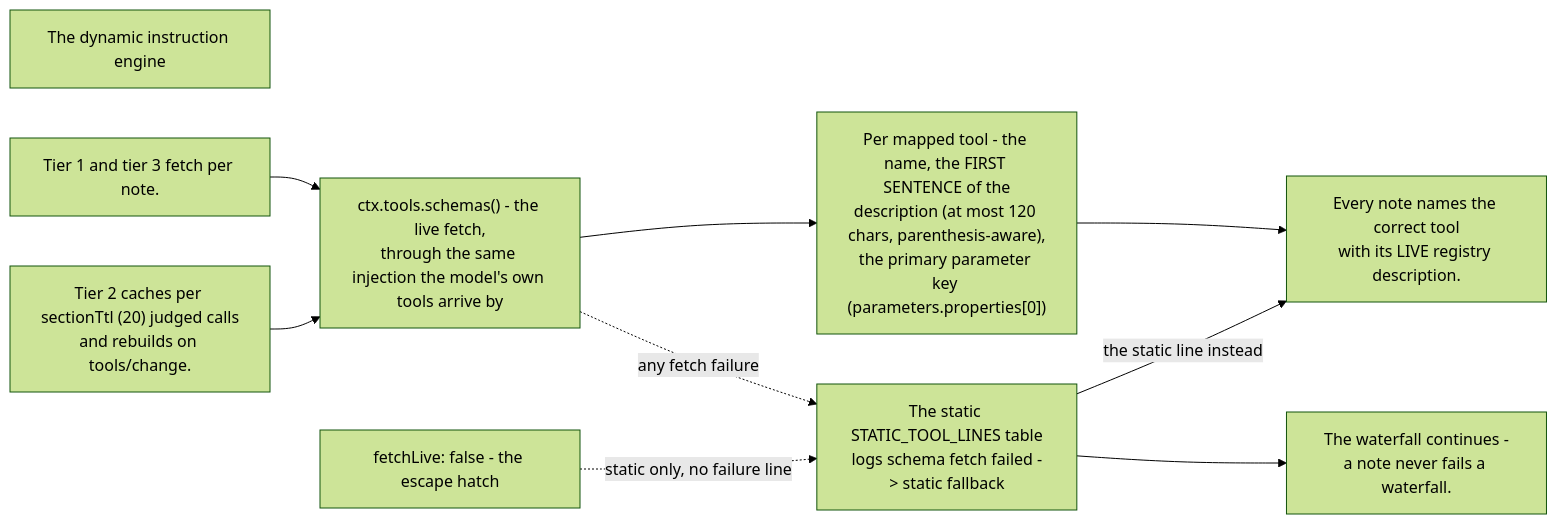
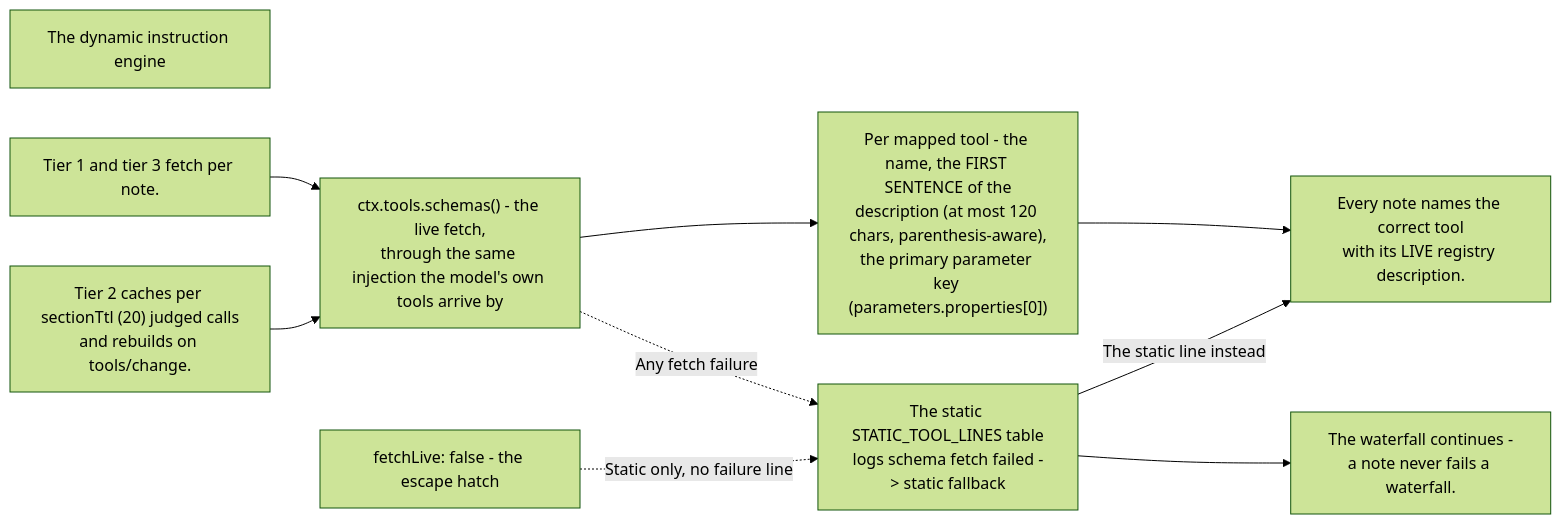
Before and after one commit to PlayForm/Site-DeepSeek: the diagram in Source/Content/Mermaid/coach-engine.mmd, drawn with Mermaid (forest theme). The commit also changed 90 other files, not shown here.

```diff
--- a/Source/Content/Mermaid/coach-engine.mmd
+++ b/Source/Content/Mermaid/coach-engine.mmd
@@ -1,17 +1,17 @@
 flowchart LR
 	ENGINE["The dynamic instruction engine"]
 	FETCH["ctx.tools.schemas() - the live fetch,<br/>through the same injection the model's own tools arrive by"]
 	DATA["Per mapped tool - the name, the FIRST SENTENCE of the<br/>description (at most 120 chars, parenthesis-aware),<br/>the primary parameter key (parameters.properties[0])"]
 	T13["Tier 1 and tier 3 fetch per note."]
 	T2["Tier 2 caches per sectionTtl (20) judged calls<br/>and rebuilds on tools/change."]
 	NOTE["Every note names the correct tool<br/>with its LIVE registry description."]
 	STATIC["The static STATIC_TOOL_LINES table<br/>logs schema fetch failed -> static fallback"]
 	WF["The waterfall continues -<br/>a note never fails a waterfall."]
 	T13 --> FETCH
 	T2 --> FETCH
 	FETCH --> DATA
 	DATA --> NOTE
-	FETCH -. "any fetch failure" .-> STATIC
-	ESCAPE["fetchLive: false - the escape hatch"] -. "static only, no failure line" .-> STATIC
-	STATIC -- "the static line instead" --> NOTE
+	FETCH -. "Any fetch failure" .-> STATIC
+	ESCAPE["fetchLive: false - the escape hatch"] -. "Static only, no failure line" .-> STATIC
+	STATIC -- "The static line instead" --> NOTE
 	STATIC --> WF
```
